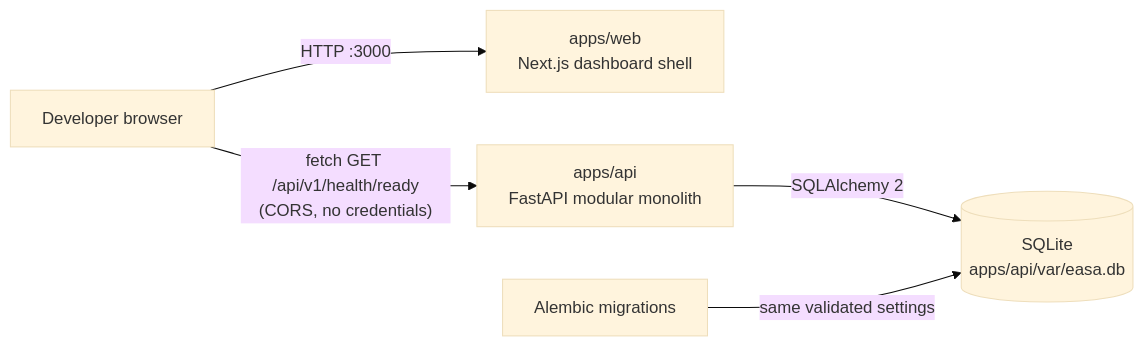
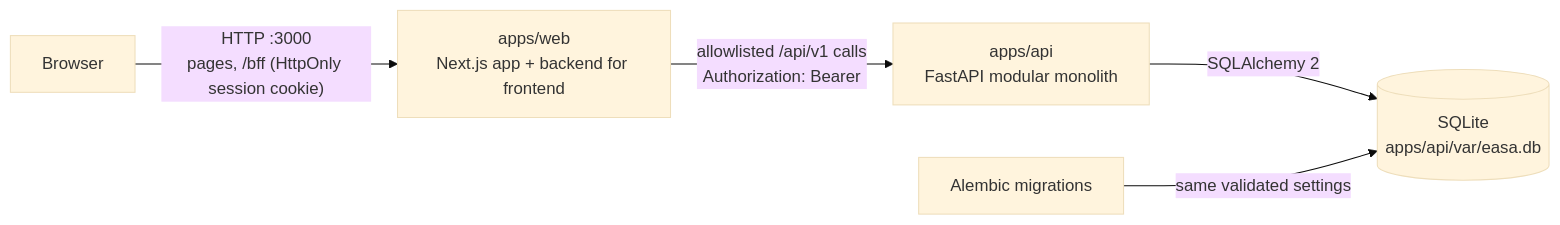
One commit to CodeWithShivram/EASA changed the first of 2 diagrams in docs/HLD.md. Above: the diagram before and after it, drawn with Mermaid (base theme). The commit also changed other lines of this file and 33 other files, not shown here.

First line of the commit message:
feat(web): add sign-in through a backend for frontend (P7-M1)

````diff
--- a/docs/HLD.md
+++ b/docs/HLD.md
@@ -33,7 +33,7 @@
 ```mermaid
 flowchart LR
-    user["Developer browser"] -->|"HTTP :3000"| web["apps/web<br/>Next.js dashboard shell"]
-    user -->|"fetch GET /api/v1/health/ready<br/>(CORS, no credentials)"| api["apps/api<br/>FastAPI modular monolith"]
+    user["Browser"] -->|"HTTP :3000<br/>pages, /bff (HttpOnly session cookie)"| web["apps/web<br/>Next.js app + backend for frontend"]
+    web -->|"allowlisted /api/v1 calls<br/>Authorization: Bearer"| api["apps/api<br/>FastAPI modular monolith"]
     api -->|"SQLAlchemy 2"| db[("SQLite<br/>apps/api/var/easa.db")]
     alembic["Alembic migrations"] -->|"same validated settings"| db
 ```
````
